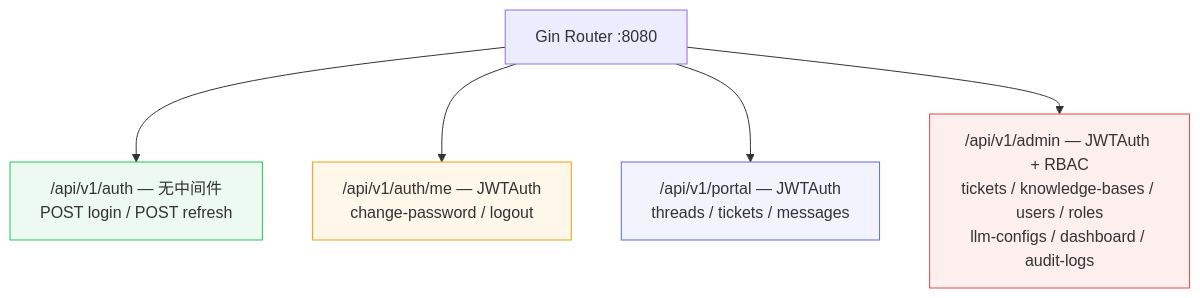
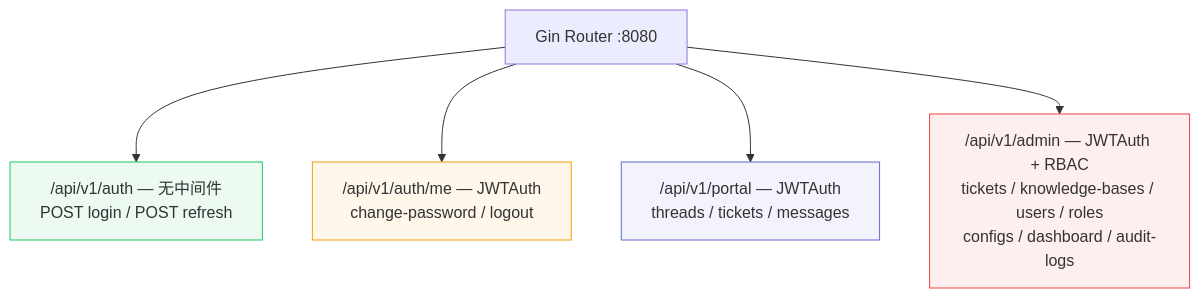
The second of 2 diagrams in docs/FLOW/README.md (int2t05/Cognik), drawn with Mermaid before and after one commit. The commit also changed other lines of this file and 33 other files, not shown here.

````diff
--- a/docs/FLOW/README.md
+++ b/docs/FLOW/README.md
@@ -35,13 +35,13 @@
 ```mermaid
 flowchart TD
     R["Gin Router :8080"]
     R --> Public["/api/v1/auth — 无中间件<br/>POST login / POST refresh"]
     R --> AuthMe["/api/v1/auth/me — JWTAuth<br/>change-password / logout"]
     R --> Portal["/api/v1/portal — JWTAuth<br/>threads / tickets / messages"]
-    R --> Admin["/api/v1/admin — JWTAuth + RBAC<br/>tickets / knowledge-bases / users / roles<br/>llm-configs / dashboard / audit-logs"]
+    R --> Admin["/api/v1/admin — JWTAuth + RBAC<br/>tickets / knowledge-bases / users / roles<br/>configs / dashboard / audit-logs"]
 
     style Public fill:#22c55e15,stroke:#22c55e
     style AuthMe fill:#f59e0b15,stroke:#f59e0b
     style Portal fill:#5e6ad215,stroke:#5e6ad2
     style Admin fill:#ef444415,stroke:#ef4444
 ```
````
